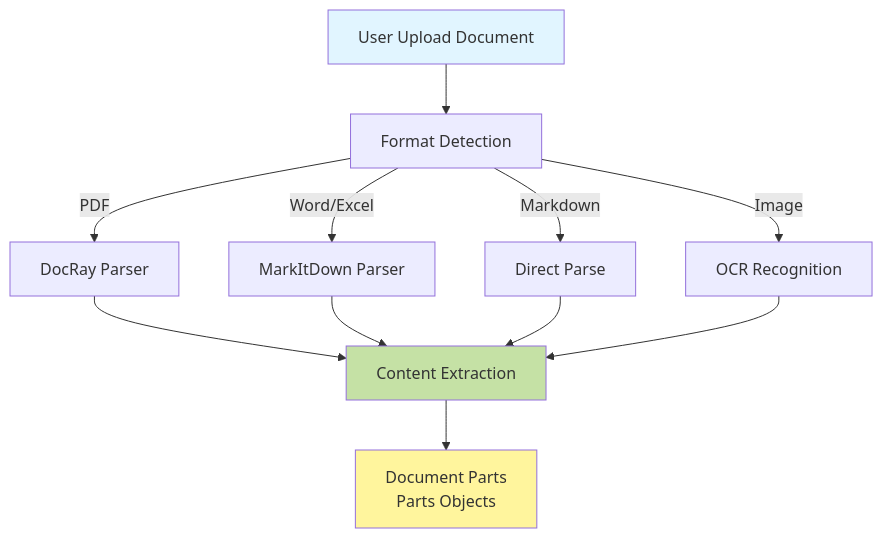
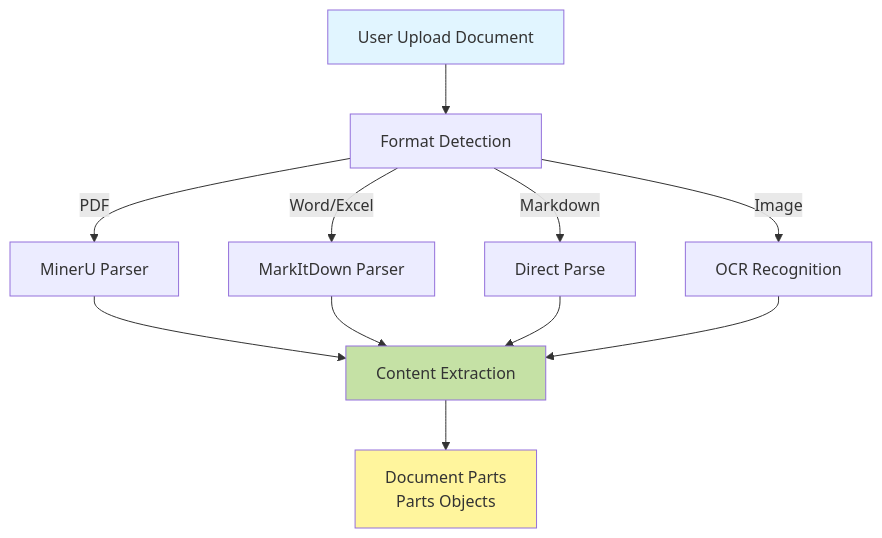
Before and after one commit to apecloud/ApeRAG: the third of 13 diagrams in web/docs/en-US/design/architecture.md, drawn with Mermaid. The commit also changed other lines of this file and 38 other files, not shown here.

````diff
--- a/web/docs/en-US/design/architecture.md
+++ b/web/docs/en-US/design/architecture.md
@@ -163,20 +163,20 @@
 ```mermaid
 flowchart TD
     Upload[User Upload Document] --> Detect[Format Detection]
     
-    Detect --> |PDF| DocRay[DocRay Parser]
+    Detect --> |PDF| MinerU[MinerU Parser]
     Detect --> |Word/Excel| MarkItDown[MarkItDown Parser]
     Detect --> |Markdown| DirectParse[Direct Parse]
     Detect --> |Image| OCR[OCR Recognition]
     
-    DocRay --> Extract[Content Extraction]
+    MinerU --> Extract[Content Extraction]
     MarkItDown --> Extract
     DirectParse --> Extract
     OCR --> Extract
     
     Extract --> Parts[Document Parts<br/>Parts Objects]
     
     style Upload fill:#e1f5ff
     style Extract fill:#c5e1a5
     style Parts fill:#fff59d
 ```
````
